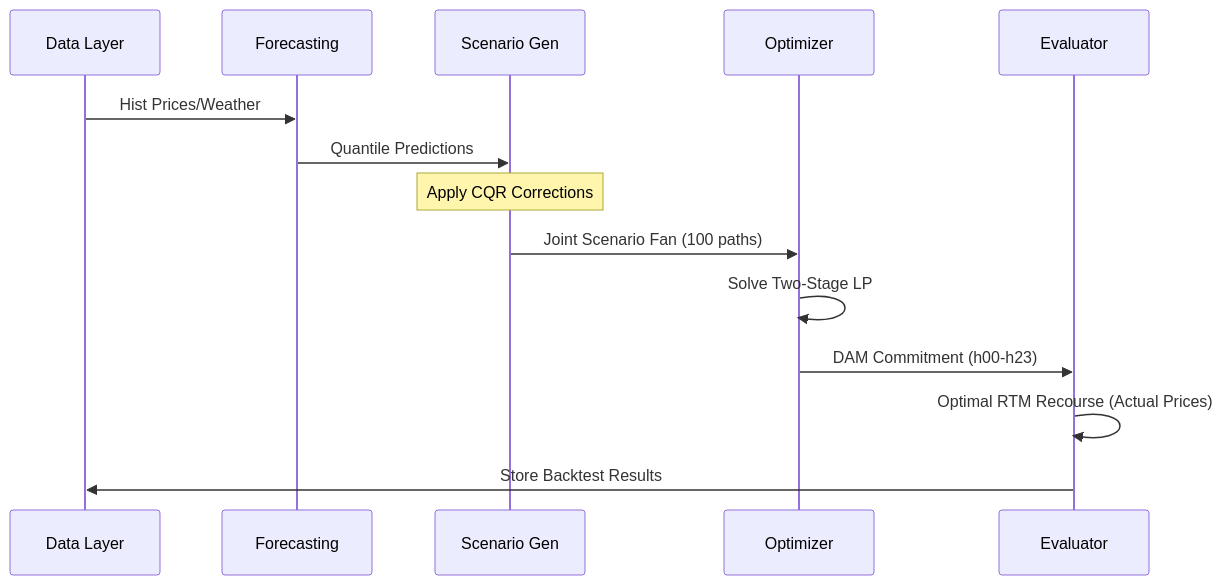
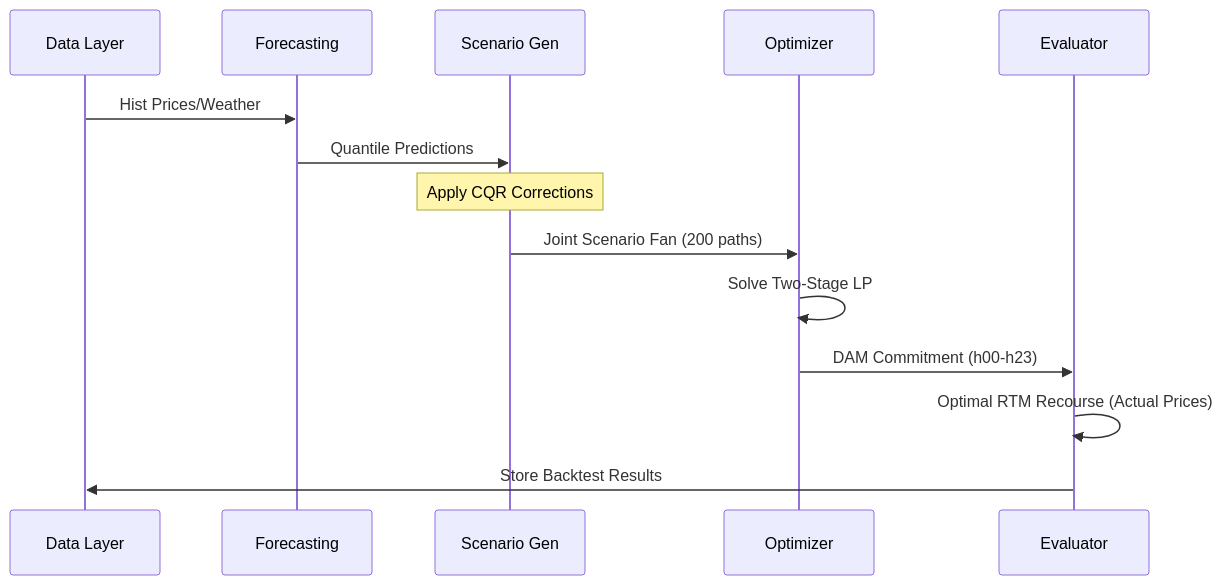
One commit to nnwjx7bd42-hash/India-Power-Market changed the diagram in ARCHITECTURE.md. Above: the diagram before and after it, drawn with Mermaid. The commit also changed other lines of this file and 2 other files, not shown here.

Commit message:
Finalize BESS VPP project: Update documentation (README, ARCHITECTURE, BACKTEST_SUMMARY) and baseline safety refinements.

````diff
--- a/ARCHITECTURE.md
+++ b/ARCHITECTURE.md
@@ -64,17 +64,17 @@
 ```mermaid
 sequenceDiagram
     participant D as Data Layer
     participant F as Forecasting
     participant S as Scenario Gen
     participant O as Optimizer
     participant E as Evaluator
 
     D->>F: Hist Prices/Weather
     F->>S: Quantile Predictions
     Note over S: Apply CQR Corrections
-    S->>O: Joint Scenario Fan (100 paths)
+    S->>O: Joint Scenario Fan (200 paths)
     O->>O: Solve Two-Stage LP
     O->>E: DAM Commitment (h00-h23)
     E->>E: Optimal RTM Recourse (Actual Prices)
     E->>D: Store Backtest Results
 ```
````
